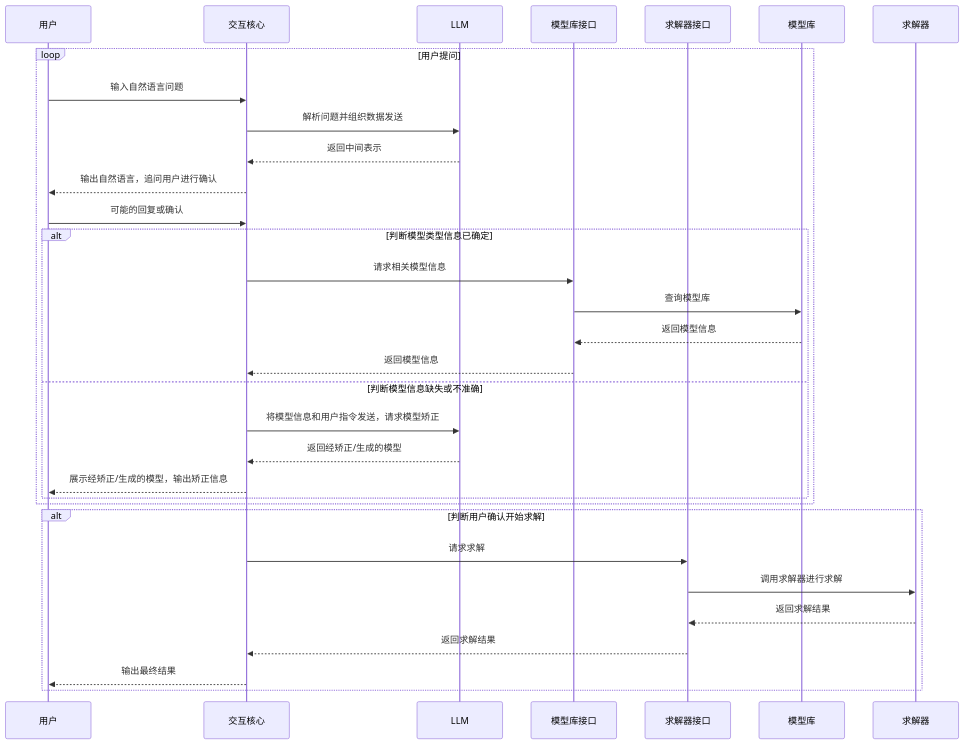
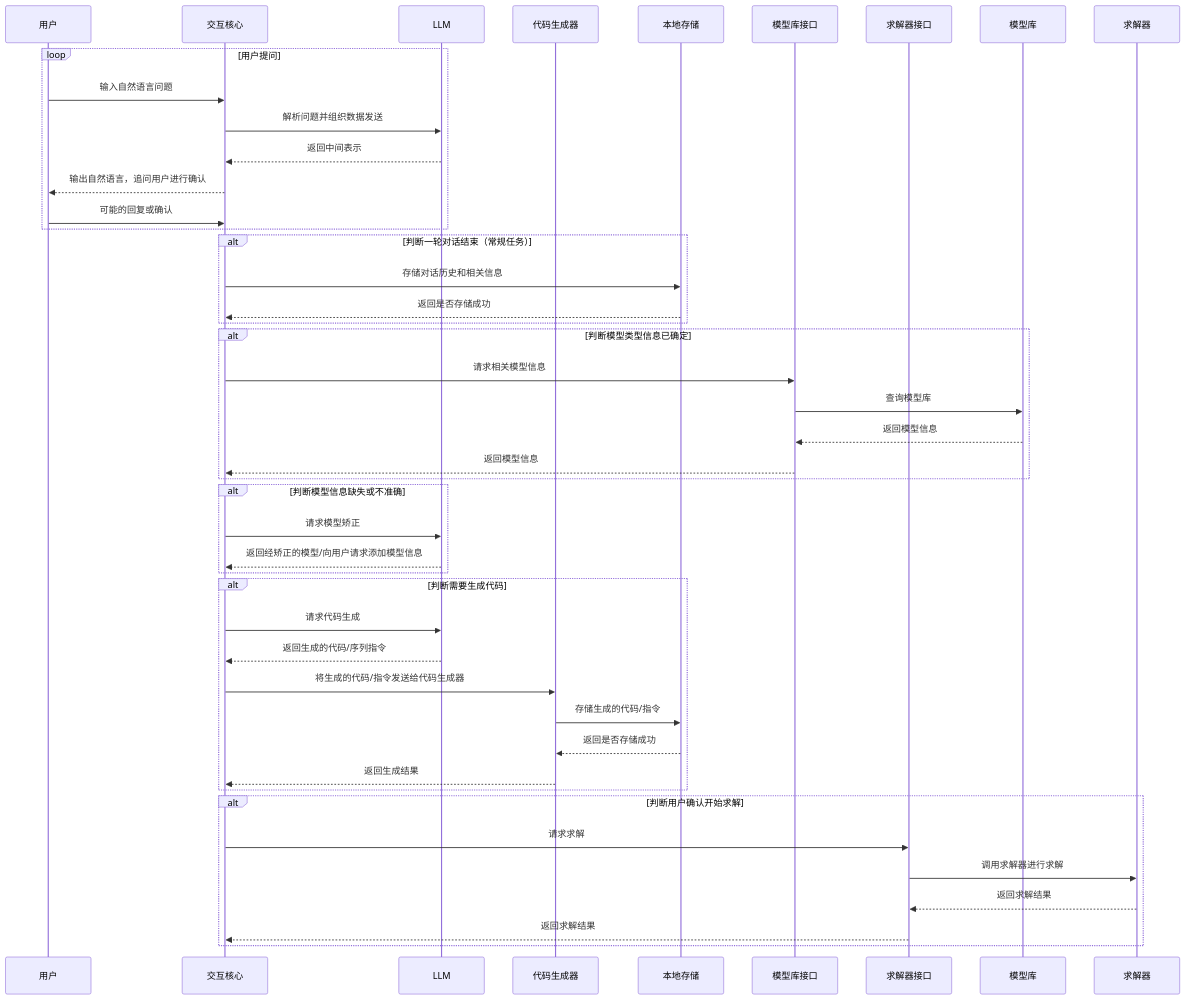
Before and after one commit to suifengwudong/NL2OR_agent: the second of 2 diagrams in docs/flowchart.md, drawn with Mermaid. The commit also changed other lines of this file, not shown here.

Commit message:
docs: refine docs/flowchart.md, add more illustrations

````diff
--- a/docs/flowchart.md
+++ b/docs/flowchart.md
@@ -36,35 +36,47 @@
 ```mermaid
 sequenceDiagram
     participant User as 用户
     participant InteractCore as 交互核心
     participant LLM as LLM
+    participant CodeGenerator as 代码生成器
+    participant LocalStorage as 本地存储
     participant ModelParser as 模型库接口
     participant SolverInterface as 求解器接口
     participant ModelBank as 模型库
     participant Solver as 求解器
     loop 用户提问
         User->>InteractCore: 输入自然语言问题
         InteractCore->>LLM: 解析问题并组织数据发送
         LLM-->>InteractCore: 返回中间表示
         InteractCore-->>User: 输出自然语言，追问用户进行确认
         User->>InteractCore: 可能的回复或确认
-        alt 判断模型类型信息已确定
-            InteractCore->>ModelParser: 请求相关模型信息
-            ModelParser->>ModelBank: 查询模型库
-            ModelBank-->>ModelParser: 返回模型信息
-            ModelParser-->>InteractCore: 返回模型信息
-        else 判断模型信息缺失或不准确
-            InteractCore->>LLM: 将模型信息和用户指令发送，请求模型矫正
-            LLM-->>InteractCore: 返回经矫正/生成的模型
-            InteractCore-->>User: 展示经矫正/生成的模型，输出矫正信息
-        end
     end
-
+    alt 判断一轮对话结束（常规任务）
+        InteractCore->>LocalStorage: 存储对话历史和相关信息
+        LocalStorage-->>InteractCore: 返回是否存储成功
+    end
+    alt 判断模型类型信息已确定
+        InteractCore->>ModelParser: 请求相关模型信息
+        ModelParser->>ModelBank: 查询模型库
+        ModelBank-->>ModelParser: 返回模型信息
+        ModelParser-->>InteractCore: 返回模型信息
+    end
+    alt 判断模型信息缺失或不准确
+        InteractCore->>LLM: 请求模型矫正
+        LLM-->>InteractCore: 返回经矫正的模型/向用户请求添加模型信息
+    end
+    alt 判断需要生成代码
+        InteractCore->>LLM: 请求代码生成
+        LLM-->>InteractCore: 返回生成的代码/序列指令
+        InteractCore->>CodeGenerator: 将生成的代码/指令发送给代码生成器
+        CodeGenerator->>LocalStorage: 存储生成的代码/指令
+        LocalStorage-->>CodeGenerator: 返回是否存储成功
+        CodeGenerator-->>InteractCore: 返回生成结果
+    end
     alt 判断用户确认开始求解
         InteractCore->>SolverInterface: 请求求解
         SolverInterface->>Solver: 调用求解器进行求解
         Solver-->>SolverInterface: 返回求解结果
         SolverInterface-->>InteractCore: 返回求解结果
-        InteractCore-->>User: 输出最终结果
     end
 ```
````
